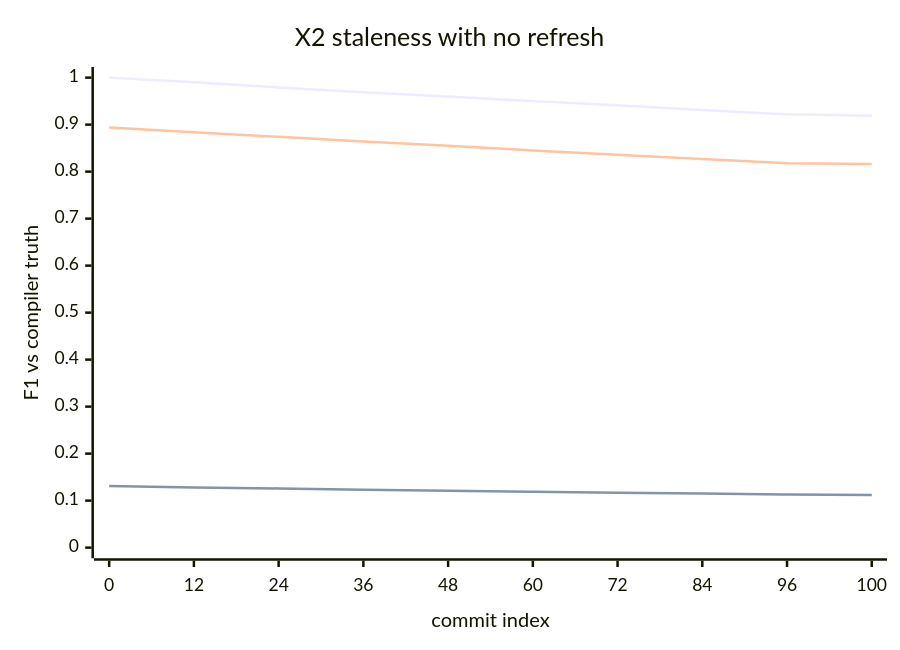
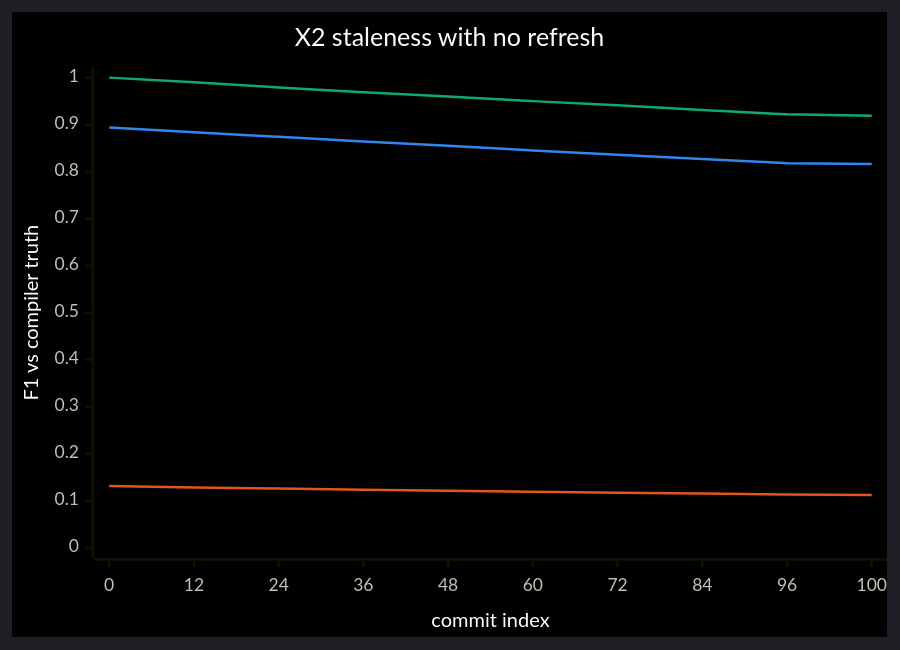
Before and after one commit to sns45/greplost: the second of 7 diagrams in README.md, drawn with Mermaid. The commit also changed other lines of this file and 31 other files, not shown here.

Commit message:
feat(bench): charts in the Artificial Analysis style on an AMOLED surface

````diff
--- a/README.md
+++ b/README.md
@@ -193,11 +207,13 @@
 ```mermaid
+%%{init: {"theme": "dark", "themeVariables": {"xyChart": {"backgroundColor": "#000000", "titleColor": "#ffffff", "xAxisLabelColor": "#c3c2b7", "yAxisLabelColor": "#c3c2b7", "xAxisTitleColor": "#ffffff", "yAxisTitleColor": "#ffffff", "plotColorPalette": "#0fa976,#e0561c,#2f86ef"}}}}%%
 xychart-beta
     title "X2 staleness with no refresh"
     x-axis "commit index" ["0", "12", "24", "36", "48", "60", "72", "84", "96", "100"]
     y-axis "F1 vs compiler truth" 0 --> 1
     line [1, 0.99, 0.979, 0.969, 0.96, 0.95, 0.941, 0.931, 0.922, 0.919]
     line [0.131, 0.128, 0.126, 0.123, 0.121, 0.119, 0.117, 0.115, 0.113, 0.112]
     line [0.894, 0.884, 0.874, 0.864, 0.855, 0.845, 0.836, 0.827, 0.818, 0.816]
     %% series, in order: greplost, graphify, crg
+    %% Arm: no-refresh; corpus hono, tier M (248 files); 100 replayed commits; the walk is synthetic (one added import line per commit). Read the fall of a line, not its height.
     %% Arm: no-refresh — each tool's commit-0 artifact scored against truth at that commit, which is what a reader gets when a sync mechanism is absent or silently does not fire. greplost is the only one of the four that can report this state mechanically, through `verify`. Omitted (not run here): ua. Measured on corpus hono, tier M (248 files); 100 replayed commits. The walk is synthetic: each commit appends exactly one resolvable import line to one file, so truth moves by exactly one edge per commit, and the walk contains no deletions, no renames and no new files.
 ```
````
